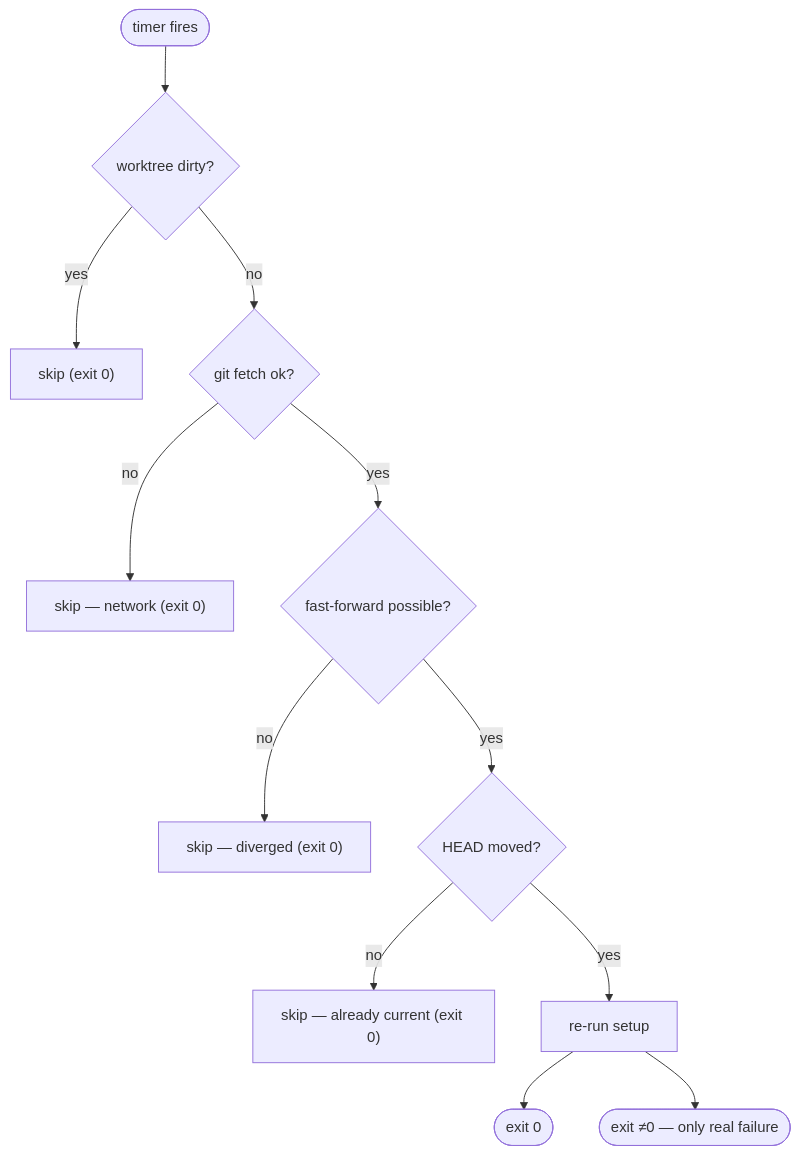
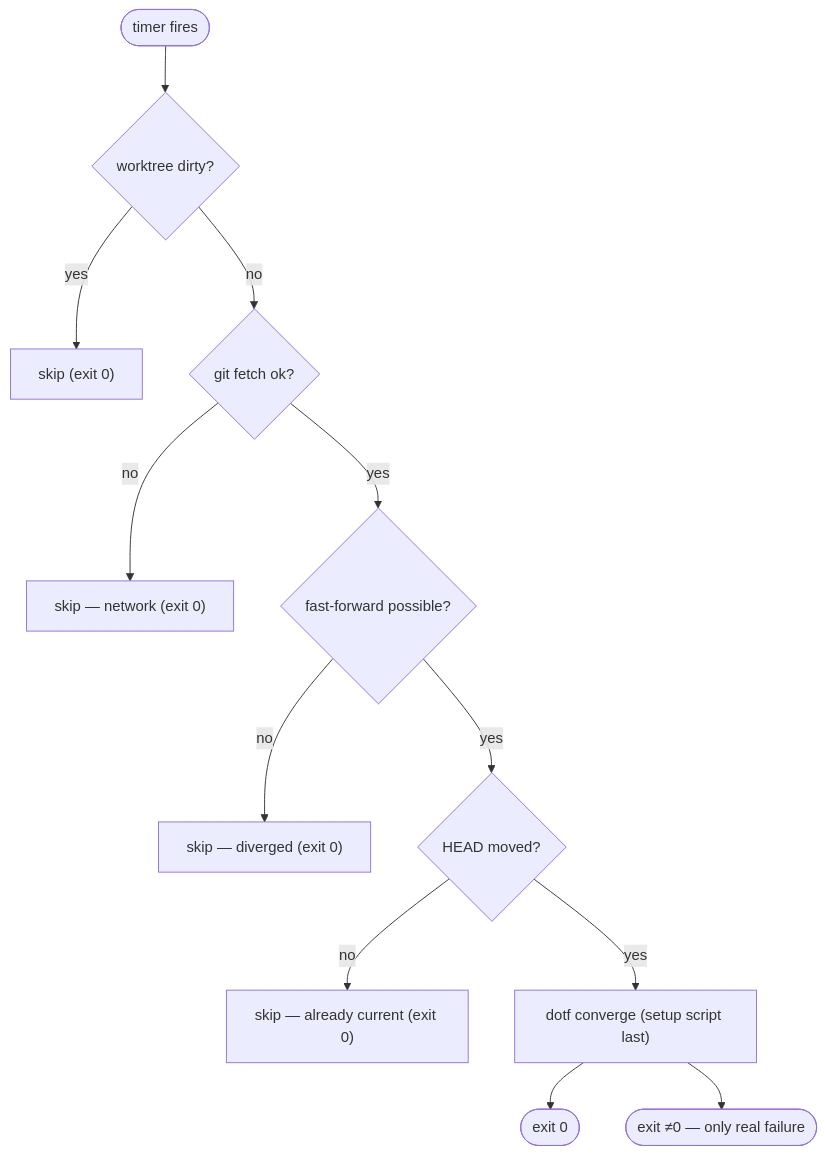
One commit to mlorentedev/dotfiles changed the diagram in docs/runbooks/guide-self-deploy-timer.md. Above: the diagram before and after it, drawn with Mermaid. The commit also changed other lines of this file and 14 other files, not shown here.

First line of the commit message:
feat(converge): run the setup script last and route dotf update through converge (#2274)

````diff
--- a/docs/runbooks/guide-self-deploy-timer.md
+++ b/docs/runbooks/guide-self-deploy-timer.md
@@ -27,13 +27,13 @@
 ```mermaid
 flowchart TB
     T([timer fires]) --> D{worktree dirty?}
     D -- yes --> S1["skip (exit 0)"]
     D -- no --> F{git fetch ok?}
     F -- no --> S2["skip — network (exit 0)"]
     F -- yes --> FF{fast-forward possible?}
     FF -- no --> S3["skip — diverged (exit 0)"]
     FF -- yes --> M{HEAD moved?}
     M -- no --> S4["skip — already current (exit 0)"]
-    M -- yes --> SETUP["re-run setup"]
+    M -- yes --> SETUP["dotf converge (setup script last)"]
     SETUP --> OK([exit 0]) & ERR(["exit ≠0 — only real failure"])
 ```
````
